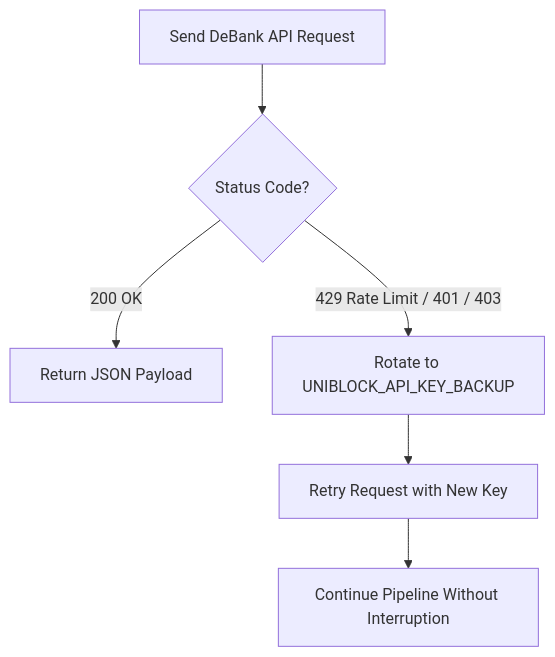
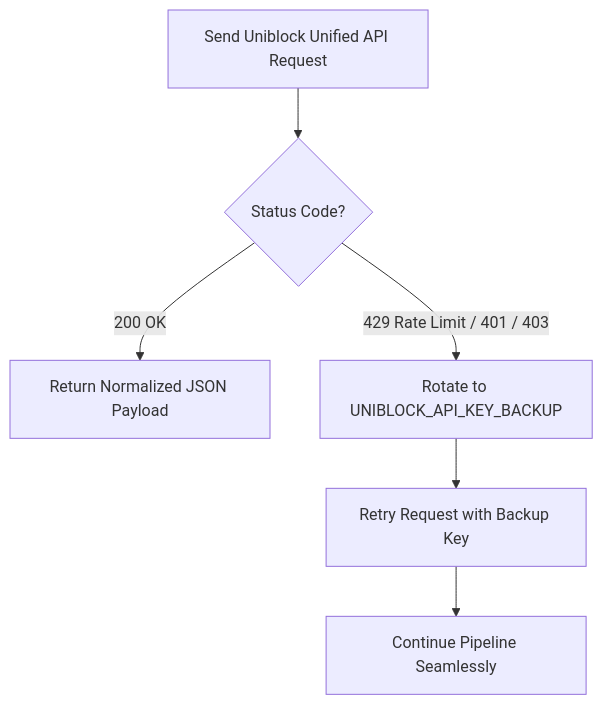
One commit to abdelhaqs/agent-accounting changed the diagram in docs/etl/uniblock_client.md. Above: the diagram before and after it, drawn with Mermaid. The commit also changed other lines of this file and 8 other files, not shown here.

Commit message:
Clarify Uniblock Unified API abstraction and separate local testing/SQLite from production diagrams

````diff
--- a/docs/etl/uniblock_client.md
+++ b/docs/etl/uniblock_client.md
@@ -30,8 +34,8 @@
 ```mermaid
 flowchart TD
-    Req[Send DeBank API Request] --> Check{Status Code?}
-    Check -->|200 OK| Return[Return JSON Payload]
+    Req[Send Uniblock Unified API Request] --> Check{Status Code?}
+    Check -->|200 OK| Return[Return Normalized JSON Payload]
     Check -->|429 Rate Limit / 401 / 403| Rotate[Rotate to UNIBLOCK_API_KEY_BACKUP]
-    Rotate --> Retry[Retry Request with New Key]
-    Retry --> Done[Continue Pipeline Without Interruption]
+    Rotate --> Retry[Retry Request with Backup Key]
+    Retry --> Done[Continue Pipeline Seamlessly]
 ```
````
